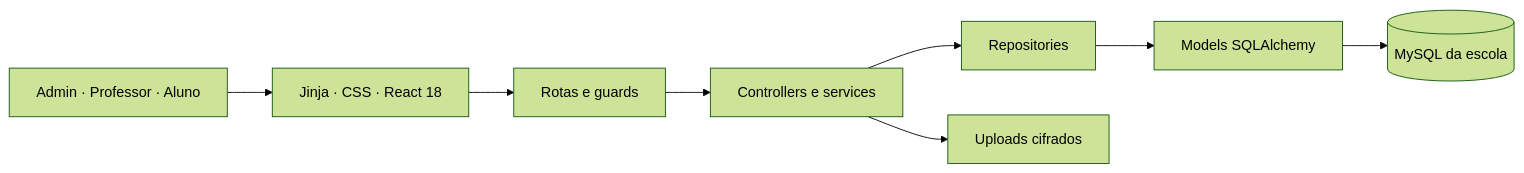
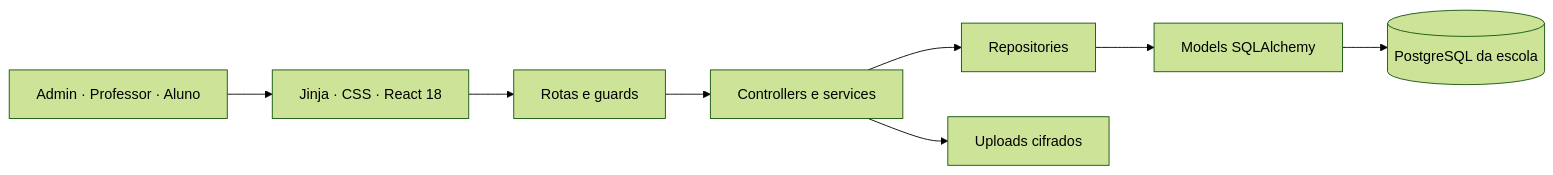
Before and after one commit to robertoqimin/edufast-2.0: the first of 2 diagrams in README.md, drawn with Mermaid (forest theme). The commit also changed other lines of this file and 361 other files, not shown here.

````diff
--- a/README.md
+++ b/README.md
@@ -70,10 +70,10 @@
 ```mermaid
 flowchart LR
     U[Admin · Professor · Aluno] --> UI[Jinja · CSS · React 18]
     UI --> R[Rotas e guards]
     R --> S[Controllers e services]
     S --> Rep[Repositories]
     Rep --> M[Models SQLAlchemy]
-    M --> DB[(MySQL da escola)]
+    M --> DB[(PostgreSQL da escola)]
     S --> F[Uploads cifrados]
 ```
````
